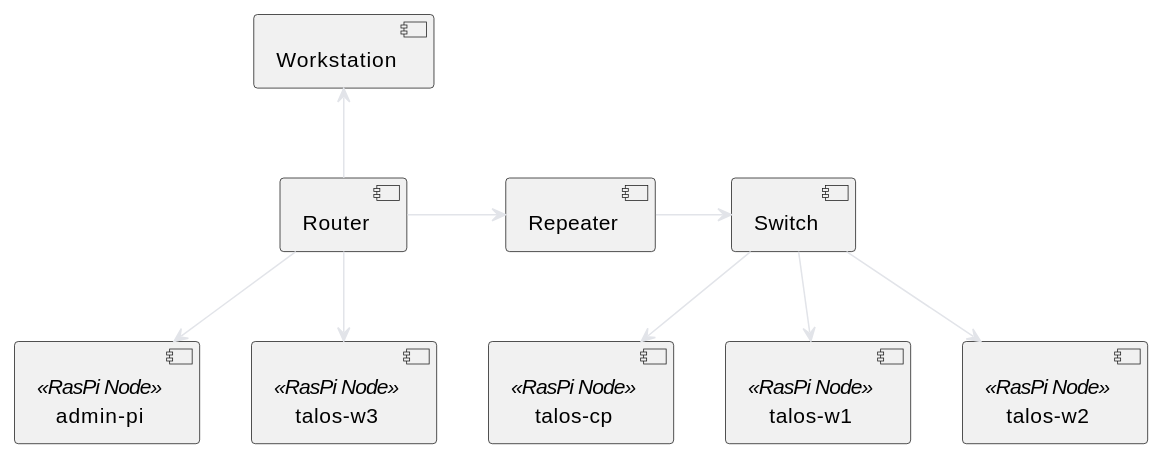
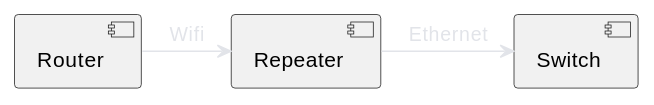
One commit to sommerfeld-io/configs-homelab changed the first of 2 diagrams in docs/nodes/talos-cluster/index.md. Above: the diagram before and after it, drawn with PlantUML. The commit also changed other lines of this file and 3 other files, not shown here.

Commit message:
docs: netwirk diagram

````diff
--- a/docs/nodes/talos-cluster/index.md
+++ b/docs/nodes/talos-cluster/index.md
@@ -128,34 +128,23 @@
 ```kroki-plantuml
 @startuml
 
 skinparam linetype polyline
 skinparam backgroundColor transparent
 skinparam fontColor #E2E4E9
 skinparam arrowColor #E2E4E9
+skinparam ArrowFontColor #E2E4E9
 
 skinparam activity {
     'FontName Ubuntu
     FontName Roboto
 }
 
-component ws as "Workstation"
 component Router
 component Repeater
 component Switch
-component adm as "admin-pi" <<RasPi Node>>
-component pi0 as "talos-cp" <<RasPi Node>>
-component pi1 as "talos-w1" <<RasPi Node>>
-component pi2 as "talos-w2" <<RasPi Node>>
-component pi3 as "talos-w3" <<RasPi Node>>
 
-ws <-down- Router
-Router -right-> Repeater
-Router -down-> pi3
-Router -down-> adm
-Repeater -right-> Switch
-Switch -down-> pi0
-Switch -down-> pi1
-Switch -down-> pi2
+Router -right-> Repeater: Wifi
+Repeater -right-> Switch: Ethernet
 
 @enduml
 ```
````
